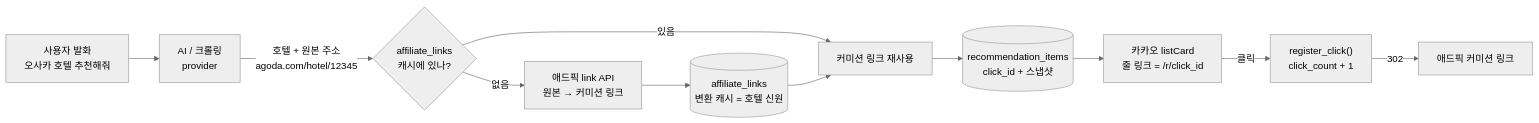
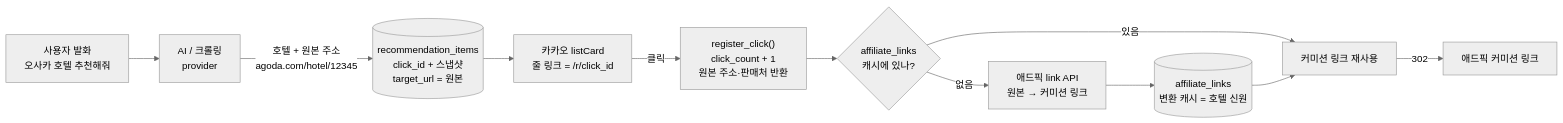
One commit to kcjfgnl9205/travel-chatbot-app changed the first of 2 diagrams in docs/DB.md. Above: the diagram before and after it, drawn with Mermaid (neutral theme). The commit also changed other lines of this file and 20 other files, not shown here.

````diff
--- a/docs/DB.md
+++ b/docs/DB.md
@@ -64,13 +64,13 @@
 ```mermaid
 flowchart LR
     A["사용자 발화<br/>오사카 호텔 추천해줘"] --> B["AI / 크롤링<br/>provider"]
-    B -->|"호텔 + 원본 주소<br/>agoda.com/hotel/12345"| D{"affiliate_links<br/>캐시에 있나?"}
+    B -->|"호텔 + 원본 주소<br/>agoda.com/hotel/12345"| H[("recommendation_items<br/>click_id + 스냅샷<br/>target_url = 원본")]
+    H --> I["카카오 listCard<br/>줄 링크 = /r/click_id"]
+    I -->|클릭| J["register_click()<br/>click_count + 1<br/>원본 주소·판매처 반환"]
+    J --> D{"affiliate_links<br/>캐시에 있나?"}
     D -->|있음| F["커미션 링크 재사용"]
     D -->|없음| E["애드픽 link API<br/>원본 → 커미션 링크"]
     E --> G[("affiliate_links<br/>변환 캐시 = 호텔 신원")]
     G --> F
-    F --> H[("recommendation_items<br/>click_id + 스냅샷")]
-    H --> I["카카오 listCard<br/>줄 링크 = /r/click_id"]
-    I -->|클릭| J["register_click()<br/>click_count + 1"]
-    J -->|302| K["애드픽 커미션 링크"]
+    F -->|302| K["애드픽 커미션 링크"]
 ```
````
